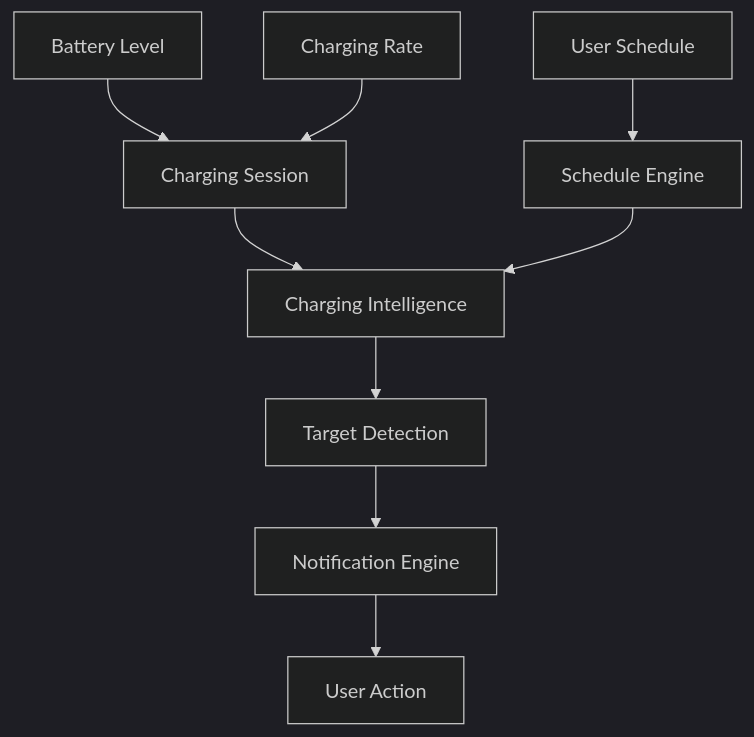
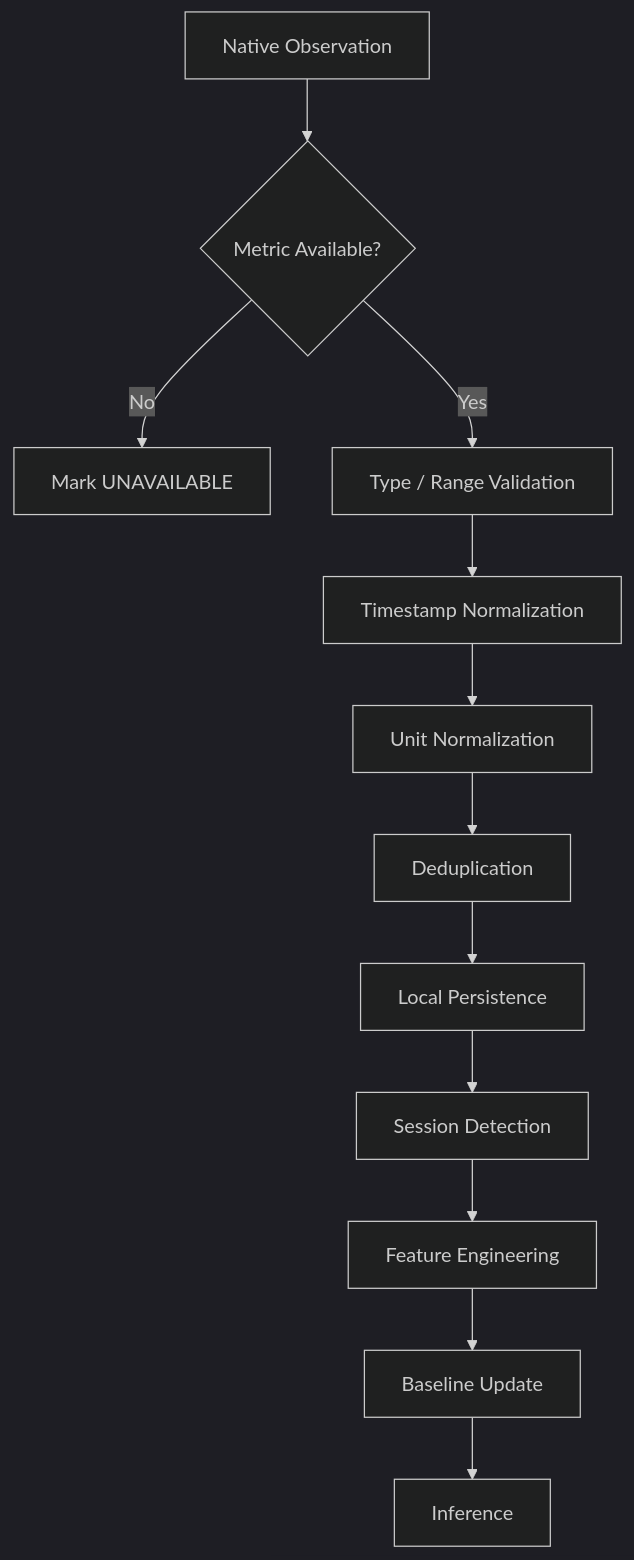
Before and after one commit to lucylow/battery_tracker_mobile: the third of 25 diagrams in README.md, drawn with Mermaid (dark theme). The commit also changed other lines of this file, not shown here.

````diff
--- a/README.md
+++ b/README.md
@@ -611,11 +213,14 @@
 ```mermaid
 flowchart TD
-    A[Battery Level] --> D[Charging Session]
-    B[Charging Rate] --> D
-    C[User Schedule] --> E[Schedule Engine]
-    D --> F[Charging Intelligence]
-    E --> F
-    F --> G[Target Detection]
-    G --> H[Notification Engine]
-    H --> I[User Action]
+    A[Native Observation] --> B{Metric Available?}
+    B -->|No| C[Mark UNAVAILABLE]
+    B -->|Yes| D[Type / Range Validation]
+    D --> E[Timestamp Normalization]
+    E --> F[Unit Normalization]
+    F --> G[Deduplication]
+    G --> H[Local Persistence]
+    H --> I[Session Detection]
+    I --> J[Feature Engineering]
+    J --> K[Baseline Update]
+    K --> L[Inference]
 ```
````
